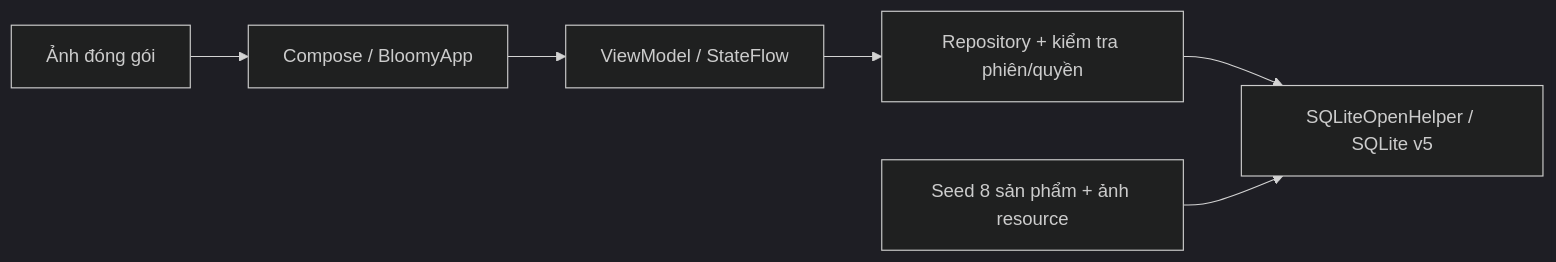
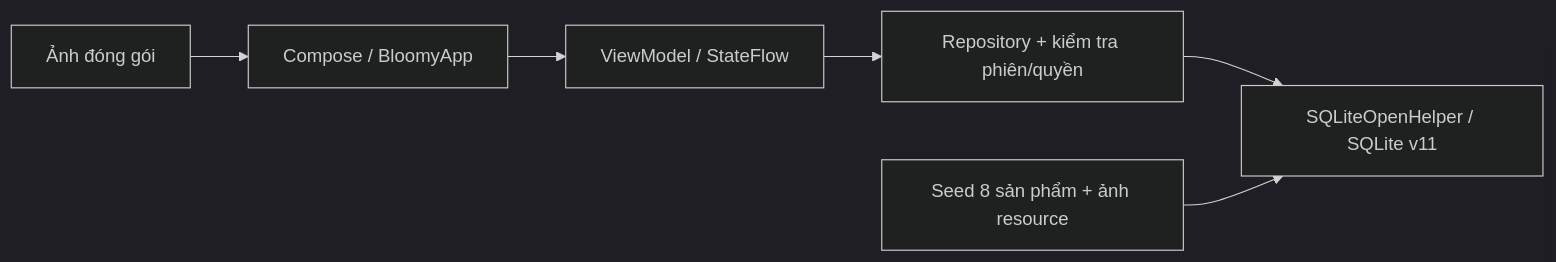
Before and after one commit to tdn1997/bloomy-beauty: the second of 7 diagrams in deliverables/docs/bao-cao/so-do.md, drawn with Mermaid (dark theme). The commit also changed other lines of this file and 715 other files, not shown here.

````diff
--- a/deliverables/docs/bao-cao/so-do.md
+++ b/deliverables/docs/bao-cao/so-do.md
@@ -25,8 +33,8 @@
 ```mermaid
 flowchart LR
     UI[Compose / BloomyApp] --> VM[ViewModel / StateFlow]
     VM --> Repo[Repository + kiểm tra phiên/quyền]
-    Repo --> DB[SQLiteOpenHelper / SQLite v5]
+    Repo --> DB[SQLiteOpenHelper / SQLite v11]
     Seed[Seed 8 sản phẩm + ảnh resource] --> DB
     Resource[Ảnh đóng gói] --> UI
 ```
````
